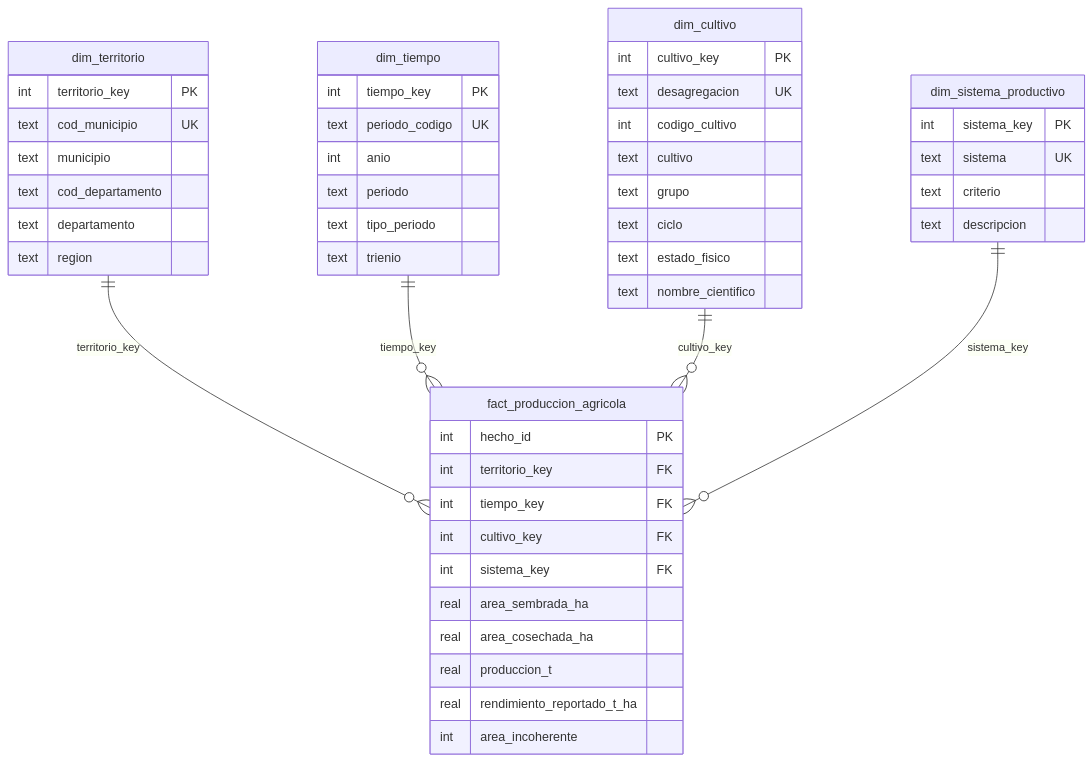
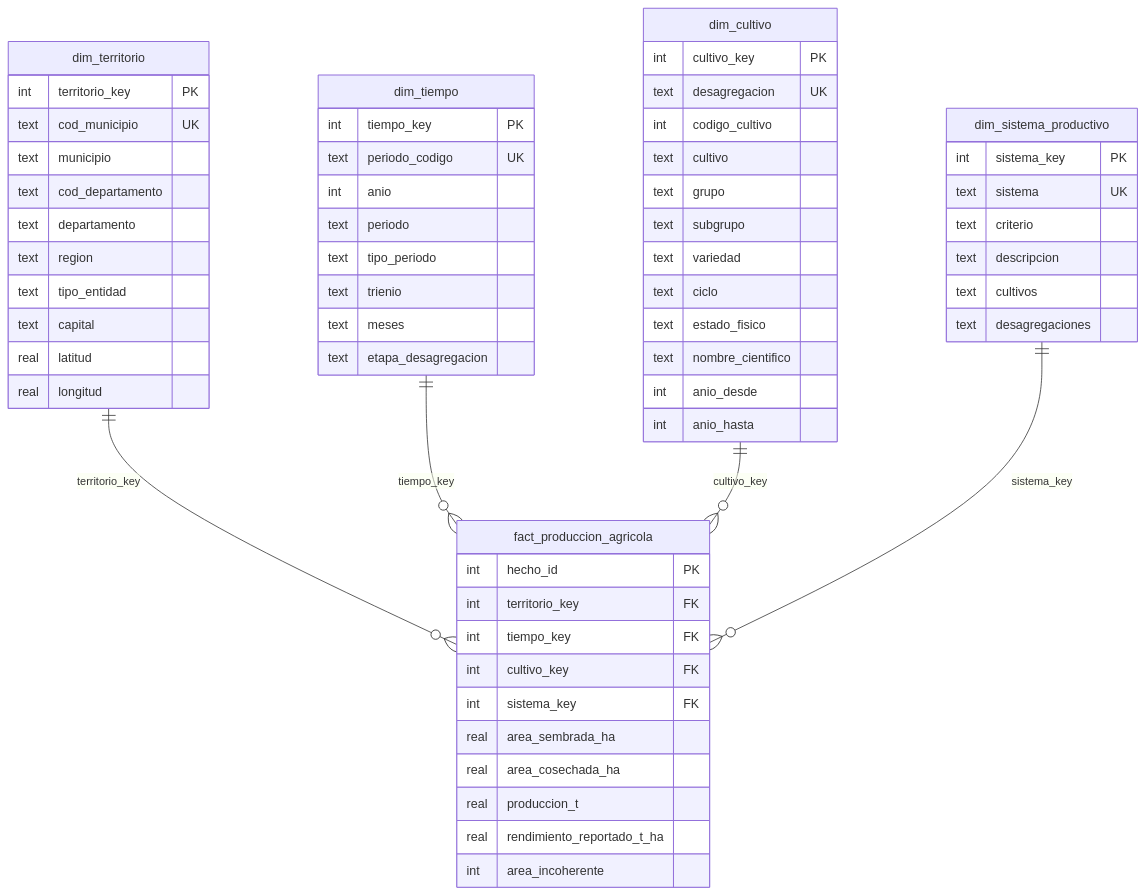
The diagram in docs/R5/modelo_estrella.md (JODACHSE/Mineria-de-Datos), drawn with Mermaid before and after one commit. The commit also changed other lines of this file and 11 other files, not shown here.

````diff
--- a/docs/R5/modelo_estrella.md
+++ b/docs/R5/modelo_estrella.md
@@ -16,52 +16,64 @@
 ```mermaid
 erDiagram
     dim_territorio ||--o{ fact_produccion_agricola : territorio_key
     dim_tiempo ||--o{ fact_produccion_agricola : tiempo_key
     dim_cultivo ||--o{ fact_produccion_agricola : cultivo_key
     dim_sistema_productivo ||--o{ fact_produccion_agricola : sistema_key
 
     fact_produccion_agricola {
         int hecho_id PK
         int territorio_key FK
         int tiempo_key FK
         int cultivo_key FK
         int sistema_key FK
         real area_sembrada_ha
         real area_cosechada_ha
         real produccion_t
         real rendimiento_reportado_t_ha
         int area_incoherente
     }
     dim_territorio {
         int territorio_key PK
         text cod_municipio UK
         text municipio
         text cod_departamento
         text departamento
         text region
+        text tipo_entidad
+        text capital
+        real latitud
+        real longitud
     }
     dim_tiempo {
         int tiempo_key PK
         text periodo_codigo UK
         int anio
         text periodo
         text tipo_periodo
         text trienio
+        text meses
+        text etapa_desagregacion
     }
     dim_cultivo {
         int cultivo_key PK
         text desagregacion UK
         int codigo_cultivo
         text cultivo
         text grupo
+        text subgrupo
+        text variedad
         text ciclo
         text estado_fisico
         text nombre_cientifico
+        int anio_desde
+        int anio_hasta
     }
     dim_sistema_productivo {
         int sistema_key PK
         text sistema UK
         text criterio
         text descripcion
+        text cultivos
+        text desagregaciones
     }
 ```
````
